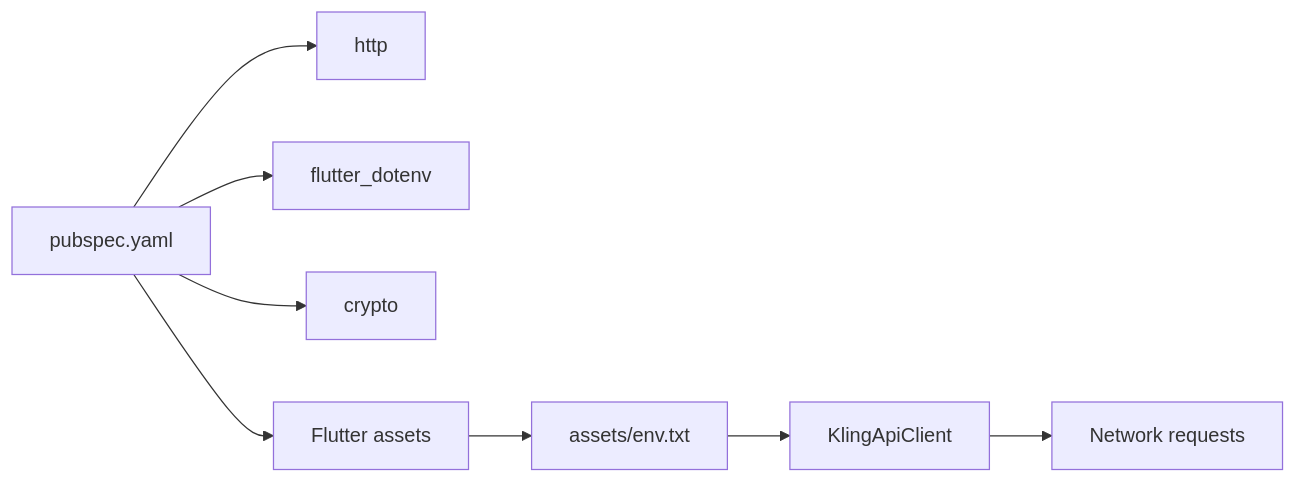
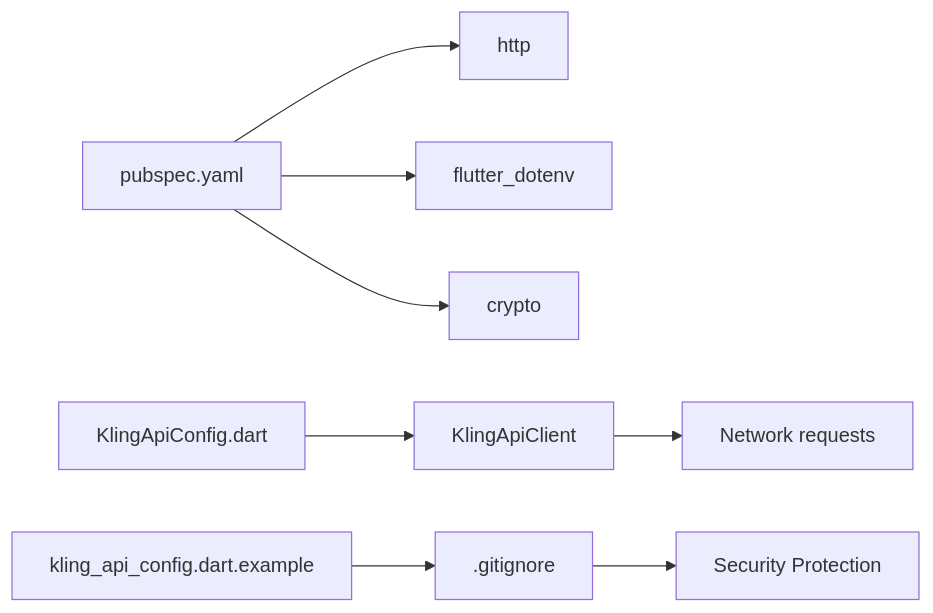
The fifth of 5 diagrams in .qoder/repowiki/en/content/Configuration Management.md (cripnail/kling_app), drawn with Mermaid before and after one commit. The commit also changed other lines of this file and 15 other files, not shown here.

````diff
--- a/.qoder/repowiki/en/content/Configuration Management.md
+++ b/.qoder/repowiki/en/content/Configuration Management.md
@@ -209,10 +317,10 @@
 ```mermaid
 graph LR
 P["pubspec.yaml"] --> D1["http"]
 P --> D2["flutter_dotenv"]
 P --> D3["crypto"]
-P --> F["Flutter assets"]
-F --> A["assets/env.txt"]
-A --> C["KlingApiClient"]
-C --> N["Network requests"]
+C["KlingApiConfig.dart"] --> K["KlingApiClient"]
+T["kling_api_config.dart.example"] --> G[".gitignore"]
+K --> N["Network requests"]
+G --> S["Security Protection"]
 ```
````
